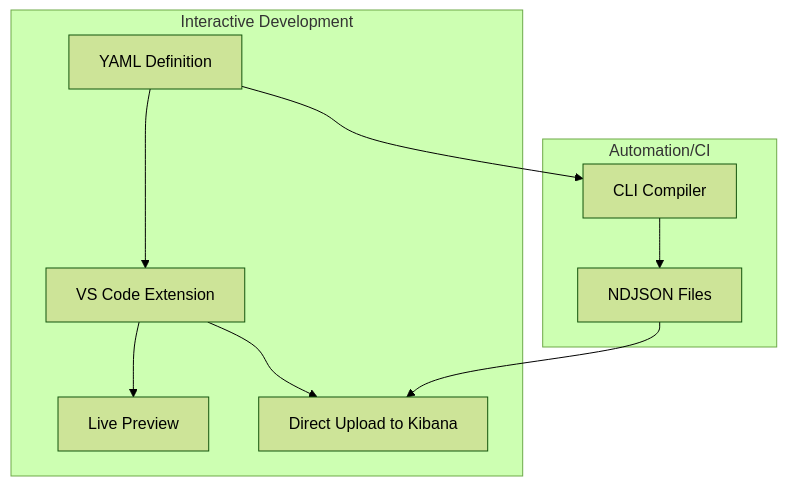
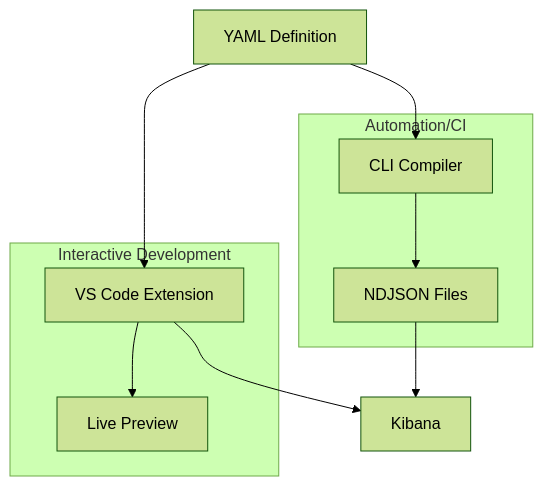
The diagram in docs/index.md (simianhacker/kb-yaml-to-lens), drawn with Mermaid (forest theme) before and after one commit. The commit also changed other lines of this file, not shown here.

Commit message:
docs: reorganize README for better onboarding flow (#880)

````diff
--- a/docs/index.md
+++ b/docs/index.md
@@ -11,18 +179,20 @@
 ```mermaid
 graph TB
     YAML[YAML Definition]
+    KIBANA[Kibana]
 
     subgraph "Interactive Development"
         EXT[VS Code Extension]
-        YAML --> EXT
         EXT --> PREVIEW[Live Preview]
-        EXT --> KIBANA[Direct Upload to Kibana]
     end
 
     subgraph "Automation/CI"
         CLI[CLI Compiler]
-        YAML --> CLI
         CLI --> NDJSON[NDJSON Files]
-        NDJSON --> KIBANA
     end
+
+    YAML --> EXT
+    YAML --> CLI
+    EXT --> KIBANA
+    NDJSON --> KIBANA
 ```
````
